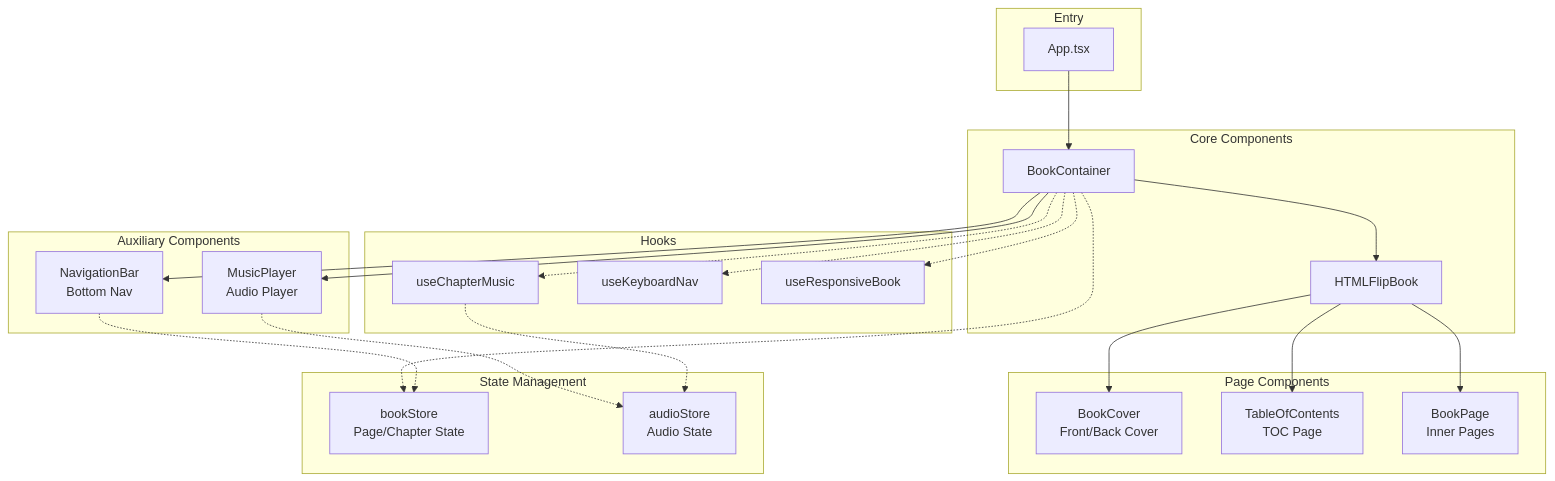
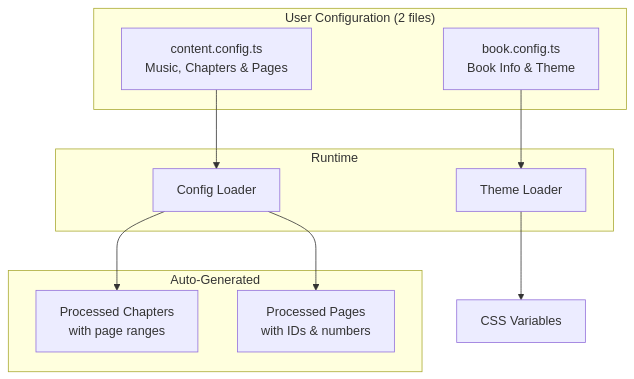
The first of 6 diagrams in README.md (ChanMeng666/chan-meng-novel-web), drawn with Mermaid before and after one commit. The commit also changed other lines of this file and 1 other file, not shown here.

First line of the commit message:
docs: rebrand as universal e-book template with comprehensive tutorials

````diff
--- a/README.md
+++ b/README.md
@@ -64,49 +68,23 @@
 ```mermaid
 graph TB
-    subgraph "Entry"
-        App[App.tsx]
+    subgraph "User Configuration (2 files)"
+        BC[book.config.ts<br/>Book Info & Theme]
+        CC[content.config.ts<br/>Music, Chapters & Pages]
     end
 
-    subgraph "Core Components"
-        BC[BookContainer]
-        HP[HTMLFlipBook]
-        BC --> HP
+    subgraph "Auto-Generated"
+        PC[Processed Chapters<br/>with page ranges]
+        PP[Processed Pages<br/>with IDs & numbers]
     end
 
-    subgraph "Page Components"
-        Cover[BookCover<br/>Front/Back Cover]
-        TOC[TableOfContents<br/>TOC Page]
-        BP[BookPage<br/>Inner Pages]
+    subgraph "Runtime"
+        CL[Config Loader]
+        TL[Theme Loader]
     end
 
-    subgraph "Auxiliary Components"
-        Nav[NavigationBar<br/>Bottom Nav]
-        Music[MusicPlayer<br/>Audio Player]
-    end
-
-    subgraph "State Management"
-        BS[bookStore<br/>Page/Chapter State]
-        AS[audioStore<br/>Audio State]
-    end
-
-    subgraph "Hooks"
-        UCM[useChapterMusic]
-        UKN[useKeyboardNav]
-        URB[useResponsiveBook]
-    end
-
-    App --> BC
-    HP --> Cover
-    HP --> TOC
-    HP --> BP
-    BC --> Nav
-    BC --> Music
-
-    BC -.-> BS
-    BC -.-> UCM
-    BC -.-> UKN
-    BC -.-> URB
-    Music -.-> AS
-    UCM -.-> AS
-    Nav -.-> BS
+    BC --> TL
+    CC --> CL
+    CL --> PC
+    CL --> PP
+    TL --> CSS[CSS Variables]
 ```
````
